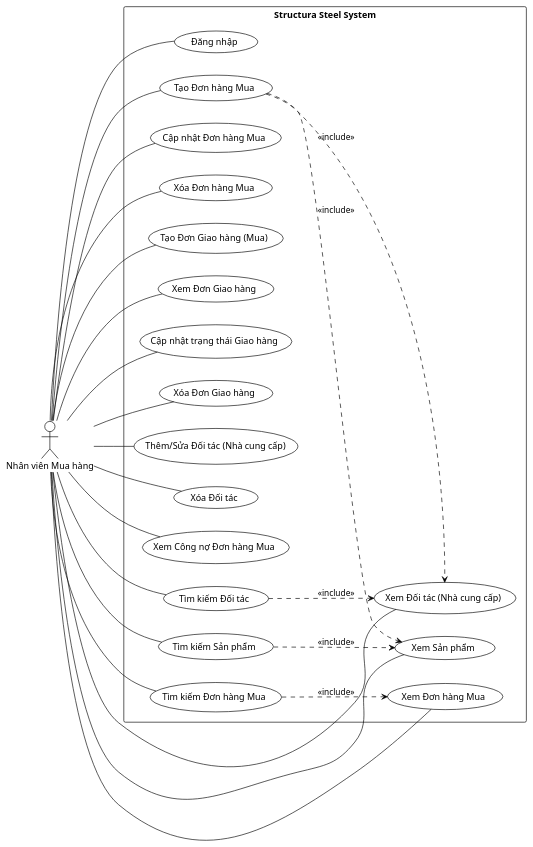
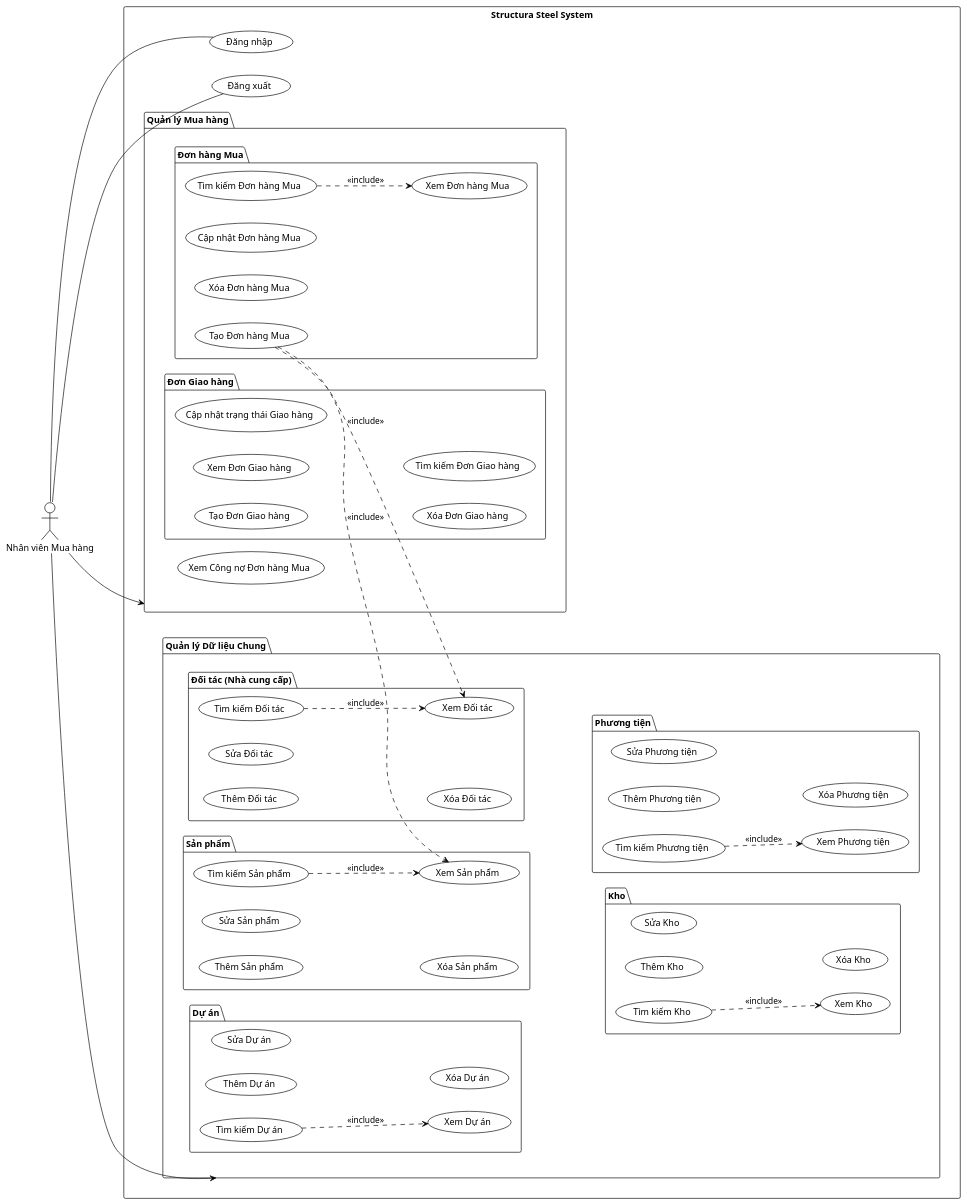
The diagram in Chapter 5/Usecase/Usecase_Importer.puml (AndrewNguyen-05/structura-uml), drawn with PlantUML before and after one commit. The commit also changed 7 other files, not shown here.

```diff
--- a/Chapter 5/Usecase/Usecase_Importer.puml
+++ b/Chapter 5/Usecase/Usecase_Importer.puml
@@ -1,62 +1,91 @@
 @startuml Usecase_Importer
 !theme plain
 
 left to right direction
 actor "Nhân viên Mua hàng" as Importer
 
 rectangle "Structura Steel System" {
 
-    usecase "Đăng nhập" as UC_Login
-    usecase "Tạo Đơn hàng Mua" as UC_CreatePurchase
-    usecase "Xem Đơn hàng Mua" as UC_ViewPurchase
-    usecase "Cập nhật Đơn hàng Mua" as UC_UpdatePurchase
-    usecase "Xóa Đơn hàng Mua" as UC_DeletePurchase
+  usecase "Đăng nhập" as UC_Login
+  usecase "Đăng xuất" as UC_Logout
 
-    usecase "Tạo Đơn Giao hàng (Mua)" as UC_CreateDelivery
-    usecase "Xem Đơn Giao hàng" as UC_ViewDelivery
-    usecase "Cập nhật trạng thái Giao hàng" as UC_UpdateDelivery
-    usecase "Xóa Đơn Giao hàng" as UC_DeleteDelivery
+  package "Quản lý Mua hàng" {
+    package "Đơn hàng Mua" {
+      usecase "Tạo Đơn hàng Mua" as UC_CreatePurchase
+      usecase "Xem Đơn hàng Mua" as UC_ViewPurchase
+      usecase "Cập nhật Đơn hàng Mua" as UC_UpdatePurchase
+      usecase "Xóa Đơn hàng Mua" as UC_DeletePurchase
+      usecase "Tìm kiếm Đơn hàng Mua" as UC_SearchPurchase
+    }
+    
+    package "Đơn Giao hàng" {
+      usecase "Tạo Đơn Giao hàng" as UC_CreateDelivery
+      usecase "Xem Đơn Giao hàng" as UC_ViewDelivery
+      usecase "Cập nhật trạng thái Giao hàng" as UC_UpdateDelivery
+      usecase "Xóa Đơn Giao hàng" as UC_DeleteDelivery
+      usecase "Tìm kiếm Đơn Giao hàng" as UC_SearchDelivery
+    }
+    
+    usecase "Xem Công nợ Đơn hàng Mua" as UC_ViewPurchaseDebt
+  }
 
-    usecase "Xem Đối tác (Nhà cung cấp)" as UC_ViewPartner
-    usecase "Thêm/Sửa Đối tác (Nhà cung cấp)" as UC_EditPartner
-    usecase "Xóa Đối tác" as UC_DeletePartner
+  package "Quản lý Dữ liệu Chung" {
+    package "Đối tác (Nhà cung cấp)" {
+      usecase "Thêm Đối tác" as UC_AddPartner
+      usecase "Sửa Đối tác" as UC_EditPartner
+      usecase "Xóa Đối tác" as UC_DeletePartner
+      usecase "Xem Đối tác" as UC_ViewPartner
+      usecase "Tìm kiếm Đối tác" as UC_SearchPartner
+    }
 
-    usecase "Xem Sản phẩm" as UC_ViewProduct
-
-    usecase "Xem Công nợ Đơn hàng Mua" as UC_ViewPurchaseDebt
-
-    usecase "Tìm kiếm Đơn hàng Mua" as UC_SearchPurchase
-    usecase "Tìm kiếm Đối tác" as UC_SearchPartner
-    usecase "Tìm kiếm Sản phẩm" as UC_SearchProduct
+    package "Sản phẩm" {
+      usecase "Thêm Sản phẩm" as UC_AddProduct
+      usecase "Sửa Sản phẩm" as UC_EditProduct
+      usecase "Xóa Sản phẩm" as UC_DeleteProduct
+      usecase "Xem Sản phẩm" as UC_ViewProduct
+      usecase "Tìm kiếm Sản phẩm" as UC_SearchProduct
+    }
+    
+    package "Dự án" {
+      usecase "Thêm Dự án" as UC_AddProject
+      usecase "Sửa Dự án" as UC_EditProject
+      usecase "Xóa Dự án" as UC_DeleteProject
+      usecase "Xem Dự án" as UC_ViewProject
+      usecase "Tìm kiếm Dự án" as UC_SearchProject
+    }
+    
+    package "Phương tiện" {
+      usecase "Thêm Phương tiện" as UC_AddVehicle
+      usecase "Sửa Phương tiện" as UC_EditVehicle
+      usecase "Xóa Phương tiện" as UC_DeleteVehicle
+      usecase "Xem Phương tiện" as UC_ViewVehicle
+      usecase "Tìm kiếm Phương tiện" as UC_SearchVehicle
+    }
+    
+    package "Kho" {
+      usecase "Thêm Kho" as UC_AddWarehouse
+      usecase "Sửa Kho" as UC_EditWarehouse
+      usecase "Xóa Kho" as UC_DeleteWarehouse
+      usecase "Xem Kho" as UC_ViewWarehouse
+      usecase "Tìm kiếm Kho" as UC_SearchWarehouse
+    }
+  }
 }
 
-' Quyền của Importer
+' --- Kết nối rút gọn từ Actor tới các Package ---
+Importer --> (Quản lý Mua hàng)
+Importer --> (Quản lý Dữ liệu Chung)
+
 Importer -- UC_Login
-Importer -- UC_CreatePurchase
-Importer -- UC_ViewPurchase
-Importer -- UC_UpdatePurchase
-Importer -- UC_DeletePurchase
+Importer -- UC_Logout
 
-Importer -- UC_CreateDelivery
-Importer -- UC_ViewDelivery
-Importer -- UC_UpdateDelivery
-Importer -- UC_DeleteDelivery
-
-Importer -- UC_EditPartner
-Importer -- UC_ViewPartner
-Importer -- UC_DeletePartner
-
-Importer -- UC_ViewProduct
-Importer -- UC_ViewPurchaseDebt
-
-Importer -- UC_SearchPurchase
-Importer -- UC_SearchPartner
-Importer -- UC_SearchProduct
-
-' Các include relationships
+' --- Các include relationships (giữ nguyên) ---
 UC_CreatePurchase ..> UC_ViewPartner : <<include>>
 UC_CreatePurchase ..> UC_ViewProduct : <<include>>
 UC_SearchPurchase ..> UC_ViewPurchase : <<include>>
 UC_SearchPartner ..> UC_ViewPartner : <<include>>
 UC_SearchProduct ..> UC_ViewProduct : <<include>>
+UC_SearchProject ..> UC_ViewProject : <<include>>
+UC_SearchVehicle ..> UC_ViewVehicle : <<include>>
+UC_SearchWarehouse ..> UC_ViewWarehouse : <<include>>
 @enduml
```
